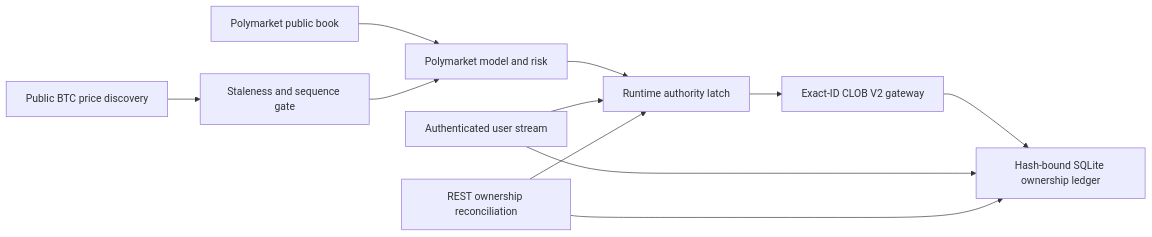
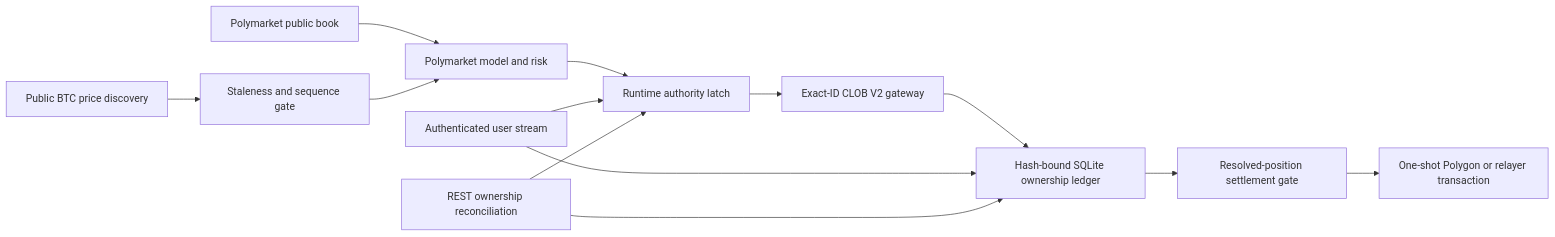
The diagram in docs/POLYMARKET_LIVE_EXECUTION.md (strmt7/simple_ai_trading), drawn with Mermaid before and after one commit. The commit also changed other lines of this file and 6 other files, not shown here.

````diff
--- a/docs/POLYMARKET_LIVE_EXECUTION.md
+++ b/docs/POLYMARKET_LIVE_EXECUTION.md
@@ -14,13 +14,15 @@
 ```mermaid
 flowchart LR
     B["Public BTC price discovery"] --> F["Staleness and sequence gate"]
     P["Polymarket public book"] --> M["Polymarket model and risk"]
     F --> M
     M --> A["Runtime authority latch"]
     U["Authenticated user stream"] --> A
     R["REST ownership reconciliation"] --> A
     A --> E["Exact-ID CLOB V2 gateway"]
     E --> L["Hash-bound SQLite ownership ledger"]
+    L --> S["Resolved-position settlement gate"]
+    S --> X["One-shot Polygon or relayer transaction"]
     U --> L
     R --> L
 ```
````
